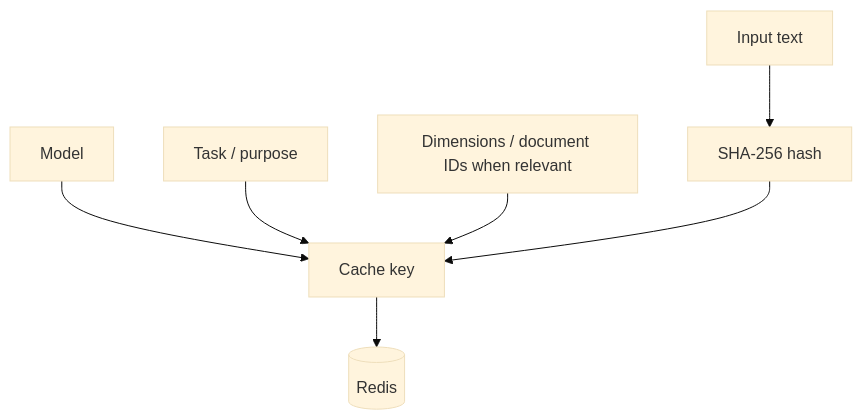
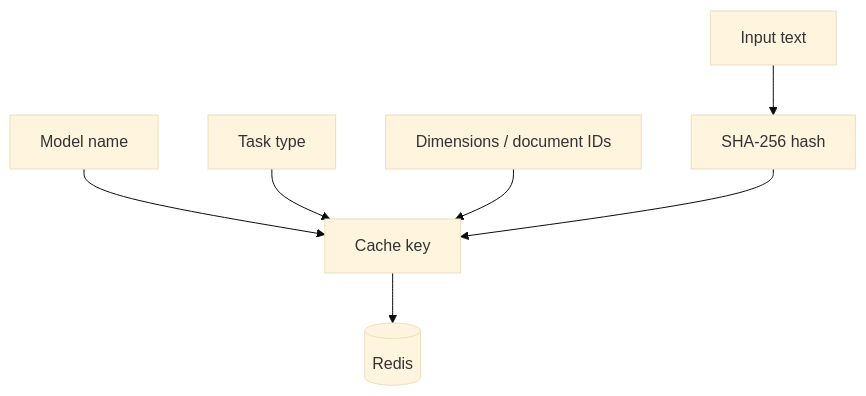
The tenth of 18 diagrams in docs/DAY_04_LEARNINGS.md (Aman-srivastav24/ai-support-triage), drawn with Mermaid (base theme) before and after one commit. The commit also changed other lines of this file, not shown here.

````diff
--- a/docs/DAY_04_LEARNINGS.md
+++ b/docs/DAY_04_LEARNINGS.md
@@ -582,9 +579,9 @@
 ```mermaid
 flowchart TD
-    T[Input text] --> H[SHA-256 hash]
-    M[Model] --> K[Cache key]
-    P[Task / purpose] --> K
-    D[Dimensions / document IDs when relevant] --> K
+    T["Input text"] --> H["SHA-256 hash"]
+    M["Model name"] --> K["Cache key"]
+    P["Task type"] --> K
+    D["Dimensions / document IDs"] --> K
     H --> K
-    K --> R[(Redis)]
+    K --> R[("Redis")]
 ```
````
